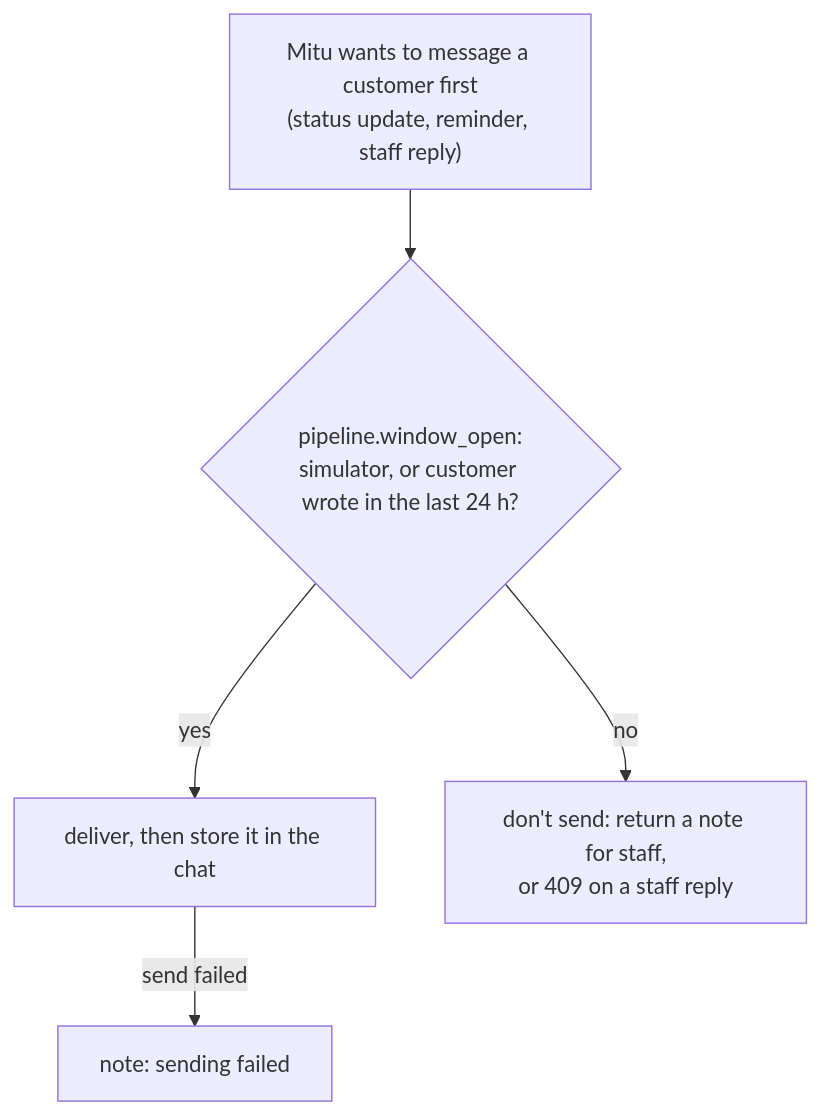
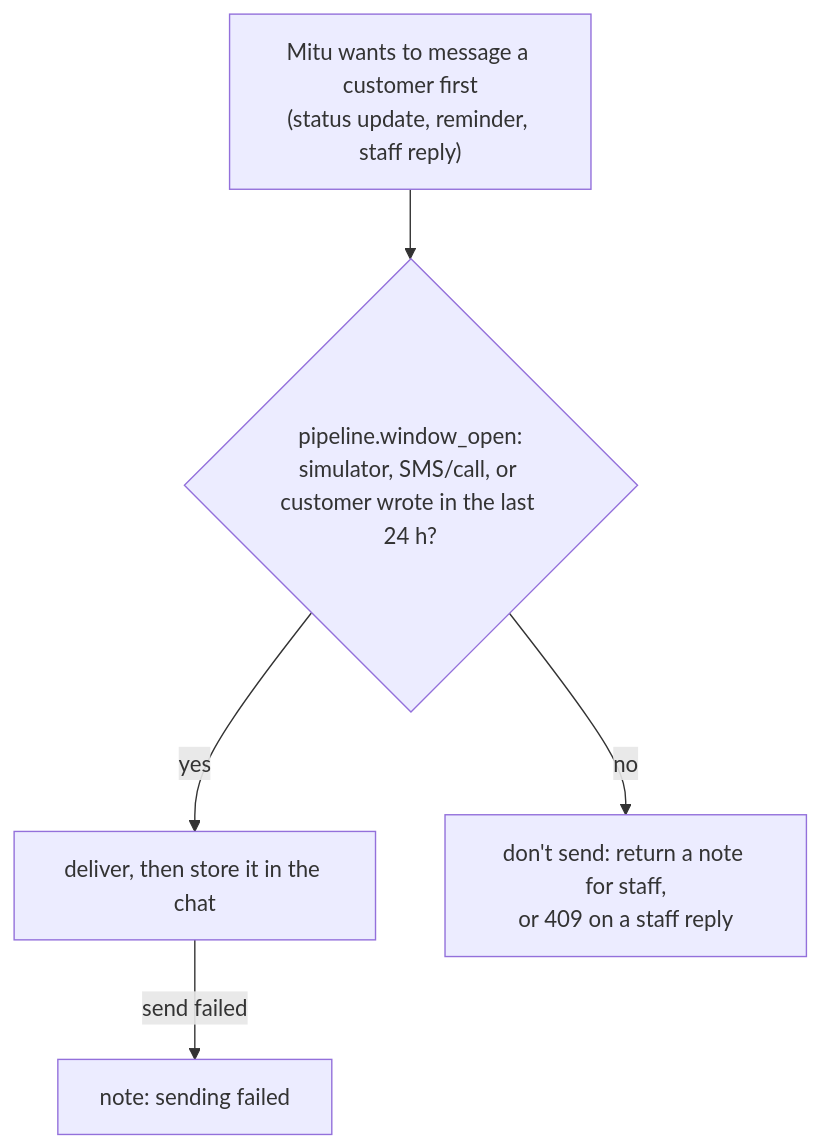
Diagram 14 of 25 in README.md (NiloyBhattacharjee/MITUai), drawn with Mermaid before and after one commit. The commit also changed other lines of this file and 13 other files, not shown here.

````diff
--- a/README.md
+++ b/README.md
@@ -577,7 +587,7 @@
 ```mermaid
 flowchart TD
-    S["Mitu wants to message a customer first<br/>(status update, reminder, staff reply)"] --> W{"pipeline.window_open:<br/>simulator, or customer wrote in the last 24 h?"}
+    S["Mitu wants to message a customer first<br/>(status update, reminder, staff reply)"] --> W{"pipeline.window_open:<br/>simulator, SMS/call, or customer wrote in the last 24 h?"}
     W -- "yes" --> D["deliver, then store it in the chat"]
     W -- "no" --> N["don't send: return a note for staff,<br/>or 409 on a staff reply"]
     D -- "send failed" --> F["note: sending failed"]
 ```
````
